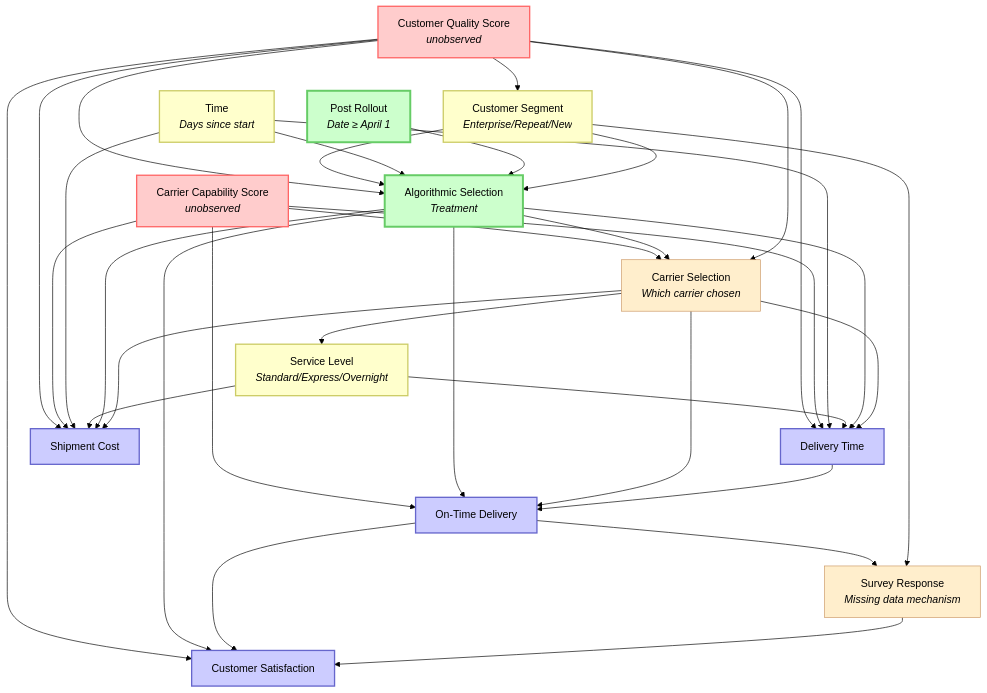
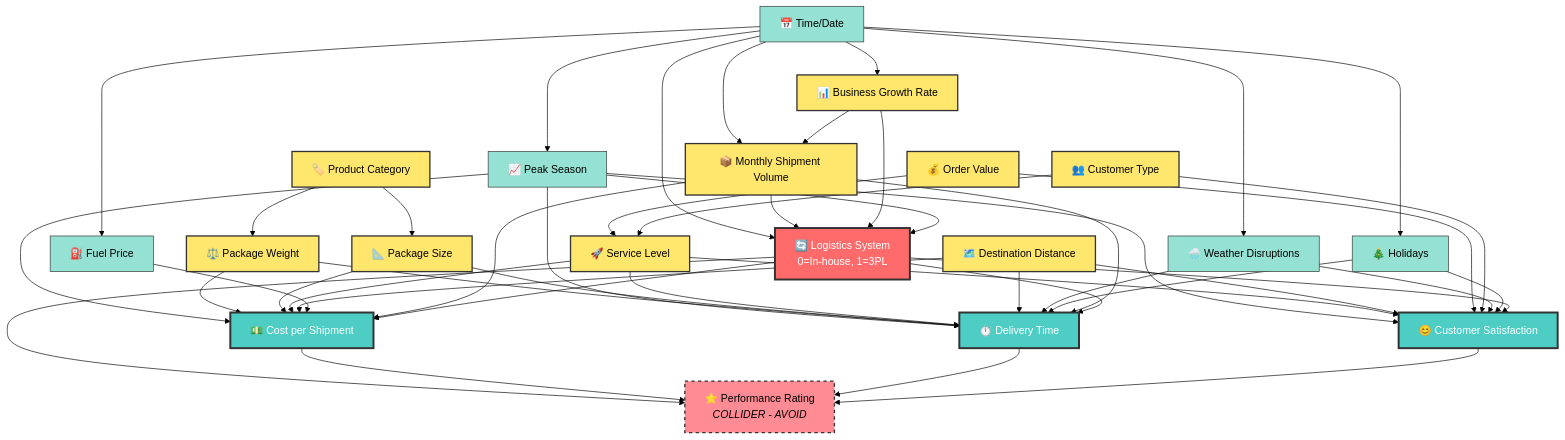
Before and after one commit to nihemelandu/causal-supply-impact-analysis: the diagram in docs/causal_DAG.md, drawn with Mermaid (forest theme).

````diff
--- a/docs/causal_DAG.md
+++ b/docs/causal_DAG.md
@@ -1,84 +1,108 @@
 ```mermaid
 graph TD
-
-%% Unobserved confounders (hidden variables)
-CQ[Customer Quality Score<br/><i>unobserved</i>]
-CC[Carrier Capability Score<br/><i>unobserved</i>]
-
-%% Observable confounders
-CS[Customer Segment<br/><i>Enterprise/Repeat/New</i>]
-T[Time<br/><i>Days since start</i>]
-SL[Service Level<br/><i>Standard/Express/Overnight</i>]
-
-%% Treatment variables
-PR[Post Rollout<br/><i>Date ≥ April 1</i>]
-AS[Algorithmic Selection<br/><i>Treatment</i>]
-
-%% Intermediate variables
-CarrierSel[Carrier Selection<br/><i>Which carrier chosen</i>]
-
-%% Outcome variables
-DT[Delivery Time]
-Cost[Shipment Cost]
-OT[On-Time Delivery]
-Sat[Customer Satisfaction]
-
-%% Survey response mechanism
-SR[Survey Response<br/><i>Missing data mechanism</i>]
-
-%% Confounding paths (create bias)
-CQ --> CS
-CQ --> AS
-CQ --> DT
-CQ --> Cost
-CQ --> Sat
-
-CC --> CarrierSel
-CC --> DT
-CC --> Cost
-CC --> OT
-
-CS --> AS
-T --> AS
-T --> DT
-T --> Cost
-
-PR --> AS
-CS --> AS
-
-AS --> CarrierSel
-CQ --> CarrierSel
-
-SL --> DT
-SL --> Cost
-CarrierSel --> SL
-
-AS --> DT
-AS --> Cost
-AS --> OT
-AS --> Sat
-
-CarrierSel --> DT
-CarrierSel --> Cost
-CarrierSel --> OT
-
-OT --> Sat
-DT --> OT
-
-OT --> SR
-CS --> SR
-SR --> Sat
-
-%% Styling
-classDef unobserved fill:#ffcccc,stroke:#ff6666,stroke-width:2px
-classDef treatment fill:#ccffcc,stroke:#66cc66,stroke-width:3px
-classDef outcome fill:#ccccff,stroke:#6666cc,stroke-width:2px
-classDef confounder fill:#ffffcc,stroke:#cccc66,stroke-width:2px
-classDef mechanism fill:#ffeecc,stroke:#cc9966,stroke-width:1px
-
-class CQ,CC unobserved
-class AS,PR treatment
-class DT,Cost,OT,Sat outcome
-class CS,T,SL confounder
-class CarrierSel,SR mechanism
+    %% External/Exogenous Variables
+    Time[📅 Time/Date]
+    Weather[🌧️ Weather Disruptions]
+    FuelPrice[⛽ Fuel Price]
+    Holiday[🎄 Holidays]
+    PeakSeason[📈 Peak Season]
+    
+    %% Business Context Variables
+    BusinessGrowth[📊 Business Growth Rate]
+    MonthlyVolume[📦 Monthly Shipment Volume]
+    
+    %% Shipment Characteristics
+    PackageWeight[⚖️ Package Weight]
+    PackageSize[📐 Package Size]
+    ServiceLevel[🚀 Service Level]
+    Distance[🗺️ Destination Distance]
+    OrderValue[💰 Order Value]
+    CustomerType[👥 Customer Type]
+    ProductCategory[🏷️ Product Category]
+    
+    %% Treatment Variable
+    Treatment[🔄 Logistics System<br/>0=In-house, 1=3PL]
+    
+    %% Outcome Variables
+    Cost[💵 Cost per Shipment]
+    DeliveryTime[⏱️ Delivery Time]
+    Satisfaction[😊 Customer Satisfaction]
+    
+    %% Collider Variables (to avoid)
+    PerfRating[⭐ Performance Rating<br/><i>COLLIDER - AVOID</i>]
+    
+    %% Time influences everything
+    Time --> Weather
+    Time --> FuelPrice
+    Time --> Holiday
+    Time --> PeakSeason
+    Time --> BusinessGrowth
+    Time --> MonthlyVolume
+    Time --> Treatment
+    
+    %% Business growth drives treatment decision
+    BusinessGrowth --> MonthlyVolume
+    MonthlyVolume --> Treatment
+    BusinessGrowth --> Treatment
+    
+    %% Seasonal patterns affect treatment timing and outcomes
+    PeakSeason --> Treatment
+    PeakSeason --> Cost
+    PeakSeason --> DeliveryTime
+    PeakSeason --> Satisfaction
+    
+    %% Shipment characteristics affect outcomes
+    PackageWeight --> Cost
+    PackageWeight --> DeliveryTime
+    PackageSize --> Cost
+    PackageSize --> DeliveryTime
+    ServiceLevel --> Cost
+    ServiceLevel --> DeliveryTime
+    ServiceLevel --> Satisfaction
+    Distance --> Cost
+    Distance --> DeliveryTime
+    Distance --> Satisfaction
+    
+    %% Business context affects outcomes
+    OrderValue --> ServiceLevel
+    OrderValue --> Satisfaction
+    CustomerType --> ServiceLevel
+    CustomerType --> Satisfaction
+    ProductCategory --> PackageWeight
+    ProductCategory --> PackageSize
+    
+    %% External factors affect outcomes
+    Weather --> DeliveryTime
+    Weather --> Satisfaction
+    FuelPrice --> Cost
+    Holiday --> DeliveryTime
+    Holiday --> Satisfaction
+    
+    %% Volume affects outcomes (economies of scale)
+    MonthlyVolume --> Cost
+    MonthlyVolume --> DeliveryTime
+    
+    %% Main causal relationships (TREATMENT EFFECTS)
+    Treatment --> Cost
+    Treatment --> DeliveryTime
+    Treatment --> Satisfaction
+    
+    %% Collider relationships (variables caused by treatment + outcomes)
+    Treatment --> PerfRating
+    Cost --> PerfRating
+    DeliveryTime --> PerfRating
+    Satisfaction --> PerfRating
+    
+    %% Styling
+    classDef treatment fill:#ff6b6b,stroke:#333,stroke-width:3px,color:#fff
+    classDef outcome fill:#4ecdc4,stroke:#333,stroke-width:3px,color:#fff
+    classDef confounder fill:#ffe66d,stroke:#333,stroke-width:2px
+    classDef collider fill:#ff8b94,stroke:#333,stroke-width:2px,stroke-dasharray: 5 5
+    classDef exogenous fill:#95e1d3,stroke:#333,stroke-width:1px
+    
+    class Treatment treatment
+    class Cost,DeliveryTime,Satisfaction outcome
+    class BusinessGrowth,MonthlyVolume,PackageWeight,PackageSize,ServiceLevel,Distance,OrderValue,CustomerType,ProductCategory confounder
+    class PerfRating collider
+    class Time,Weather,FuelPrice,Holiday,PeakSeason exogenous
 ```
````
